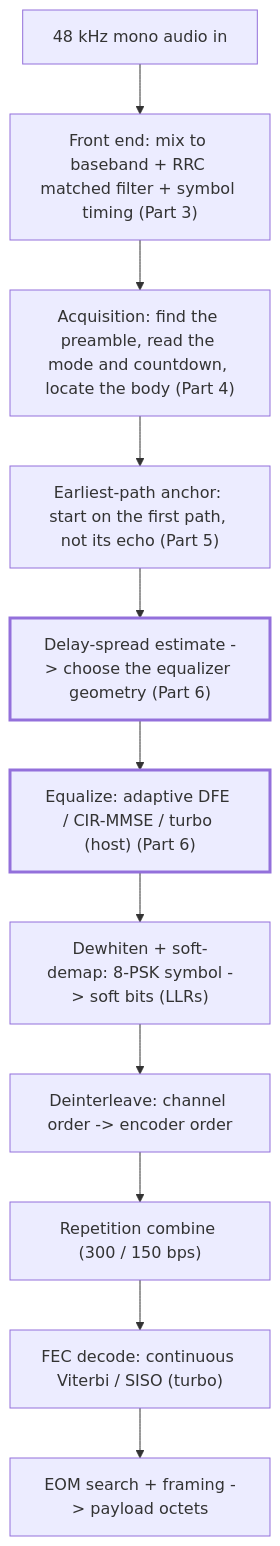
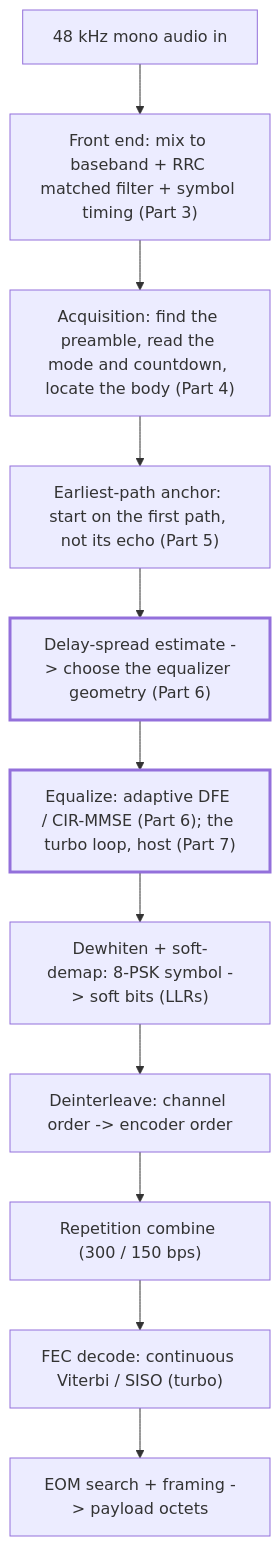
The second of 2 diagrams in docs/start-here.md (kg7hf/modem-core), drawn with Mermaid before and after one commit. The commit also changed other lines of this file and 39 other files, not shown here.

````diff
--- a/docs/start-here.md
+++ b/docs/start-here.md
@@ -159,15 +164,15 @@
 ```mermaid
 flowchart TD
   A["48 kHz mono audio in"] --> B["Front end: mix to baseband + RRC matched filter + symbol timing (Part 3)"]
   B --> C["Acquisition: find the preamble, read the mode and countdown, locate the body (Part 4)"]
   C --> C2["Earliest-path anchor: start on the first path, not its echo (Part 5)"]
   C2 --> D["Delay-spread estimate -> choose the equalizer geometry (Part 6)"]
-  D --> E["Equalize: adaptive DFE / CIR-MMSE / turbo (host) (Part 6)"]
+  D --> E["Equalize: adaptive DFE / CIR-MMSE (Part 6); the turbo loop, host (Part 7)"]
   E --> F["Dewhiten + soft-demap: 8-PSK symbol -> soft bits (LLRs)"]
   F --> G["Deinterleave: channel order -> encoder order"]
   G --> H["Repetition combine (300 / 150 bps)"]
   H --> I["FEC decode: continuous Viterbi / SISO (turbo)"]
   I --> J["EOM search + framing -> payload octets"]
   classDef next stroke-width:3px;
   class D,E next;
 ```
````
